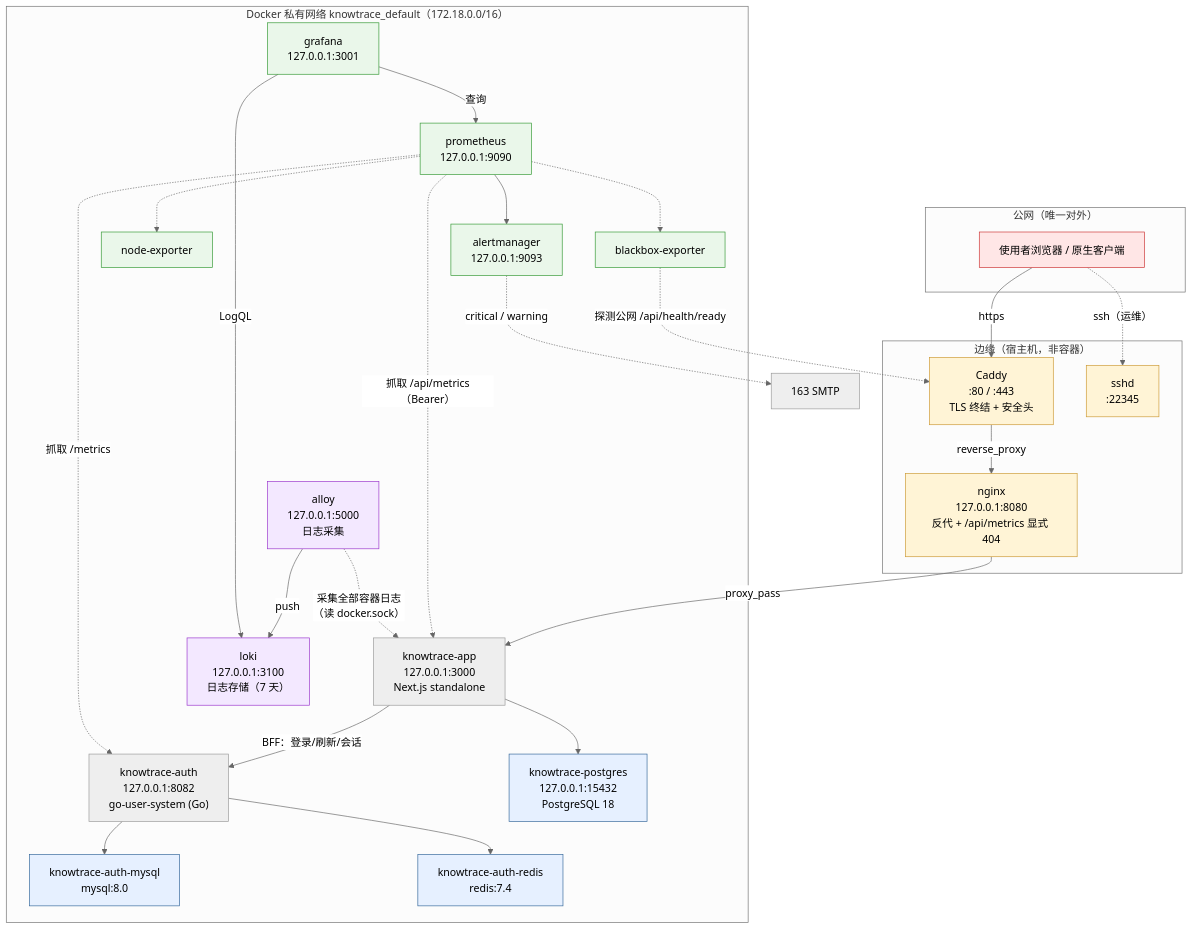
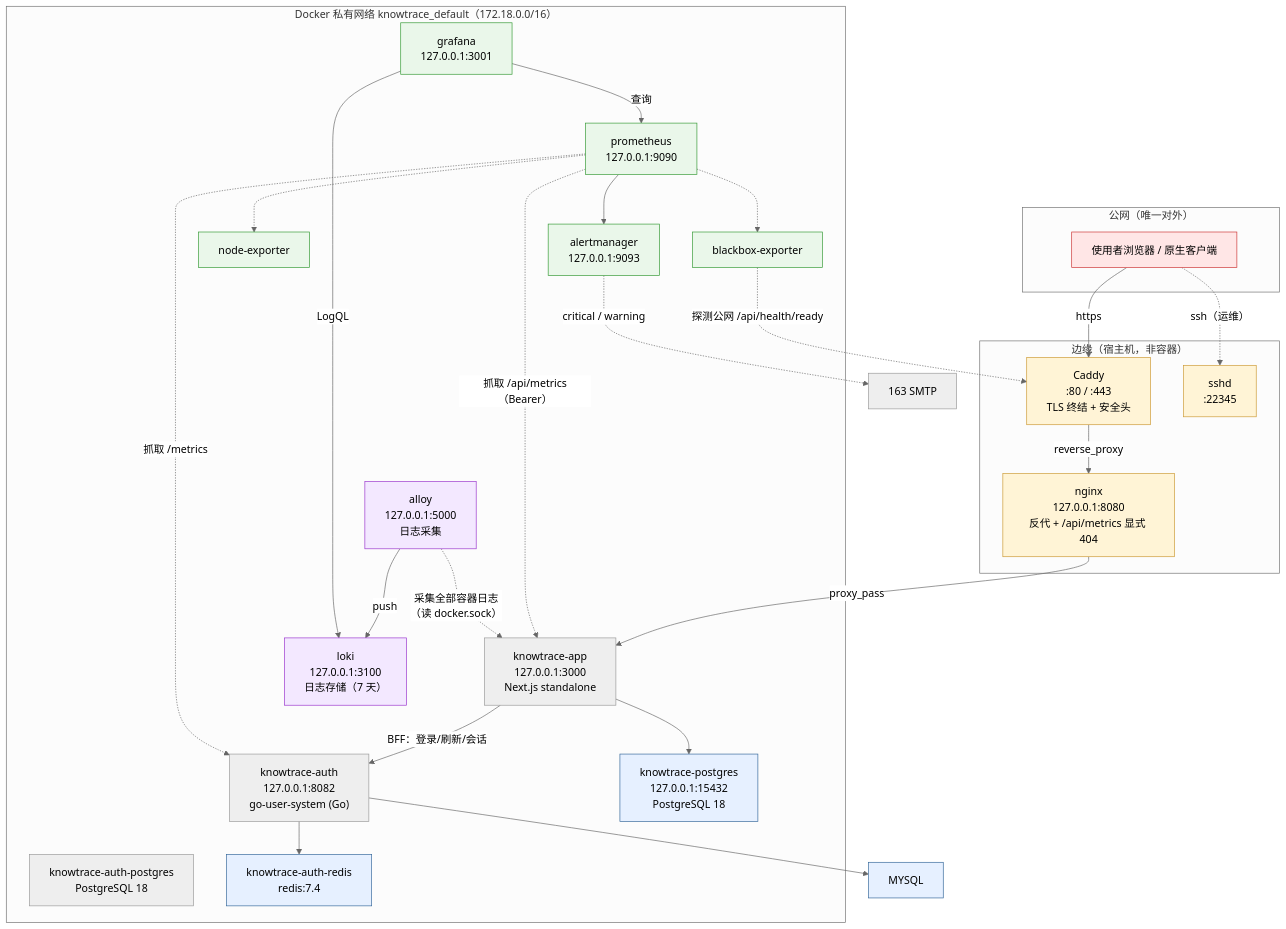
Before and after one commit to Yotoha0303/KnowTrace-Workflow: the first of 10 diagrams in docs/24-architecture-diagrams.md, drawn with Mermaid (neutral theme). The commit also changed other lines of this file and 23 other files, not shown here.

First line of the commit message:
ops(auth): M4 compose 切库认证 PostgreSQL 与配置闭环（解决 #52 · 10 提交） (#55)

````diff
--- a/docs/24-architecture-diagrams.md
+++ b/docs/24-architecture-diagrams.md
@@ -15,63 +15,63 @@
 ```mermaid
 flowchart TB
     subgraph PUB["公网（唯一对外）"]
         USER["使用者浏览器 / 原生客户端"]
     end
 
     subgraph EDGE["边缘（宿主机，非容器）"]
         CADDY["Caddy<br/>:80 / :443<br/>TLS 终结 + 安全头"]
         NGINX["nginx<br/>127.0.0.1:8080<br/>反代 + /api/metrics 显式 404"]
         SSH["sshd<br/>:22345"]
     end
 
     subgraph NET["Docker 私有网络 knowtrace_default（172.18.0.0/16）"]
         APP["knowtrace-app<br/>127.0.0.1:3000<br/>Next.js standalone"]
         AUTH["knowtrace-auth<br/>127.0.0.1:8082<br/>go-user-system (Go)"]
         PG["knowtrace-postgres<br/>127.0.0.1:15432<br/>PostgreSQL 18"]
-        MYSQL["knowtrace-auth-mysql<br/>mysql:8.0"]
+        AUTH_PG["knowtrace-auth-postgres<br/>PostgreSQL 18"]
         REDIS["knowtrace-auth-redis<br/>redis:7.4"]
         PROM["prometheus<br/>127.0.0.1:9090"]
         GRAF["grafana<br/>127.0.0.1:3001"]
         AM["alertmanager<br/>127.0.0.1:9093"]
         NE["node-exporter"]
         BB["blackbox-exporter"]
         LOKI["loki<br/>127.0.0.1:3100<br/>日志存储（7 天）"]
         ALLOY["alloy<br/>127.0.0.1:5000<br/>日志采集"]
     end
 
     MAIL["163 SMTP"]
 
     USER -->|"https"| CADDY
     USER -.->|"ssh（运维）"| SSH
     CADDY -->|"reverse_proxy"| NGINX
     NGINX -->|"proxy_pass"| APP
 
     APP -->|"BFF：登录/刷新/会话"| AUTH
     APP --> PG
     AUTH --> MYSQL
     AUTH --> REDIS
 
     PROM -.->|"抓取 /api/metrics（Bearer）"| APP
     PROM -.->|"抓取 /metrics"| AUTH
     PROM -.-> NE
     PROM -.-> BB
     BB -.->|"探测公网 /api/health/ready"| CADDY
     PROM --> AM
     AM -.->|"critical / warning"| MAIL
     GRAF -->|"查询"| PROM
 
     ALLOY -.->|"采集全部容器日志<br/>（读 docker.sock）"| APP
     ALLOY -->|"push"| LOKI
     GRAF -->|"LogQL"| LOKI
 
     classDef pub fill:#ffe6e6,stroke:#c33
     classDef edge fill:#fff4d6,stroke:#c93
     classDef data fill:#e6f0ff,stroke:#369
     classDef obs fill:#eaf7ea,stroke:#393
     classDef log fill:#f3e8ff,stroke:#93c
     class USER pub
     class CADDY,NGINX,SSH edge
     class PG,MYSQL,REDIS data
     class PROM,GRAF,AM,NE,BB obs
     class LOKI,ALLOY log
 ```
````
